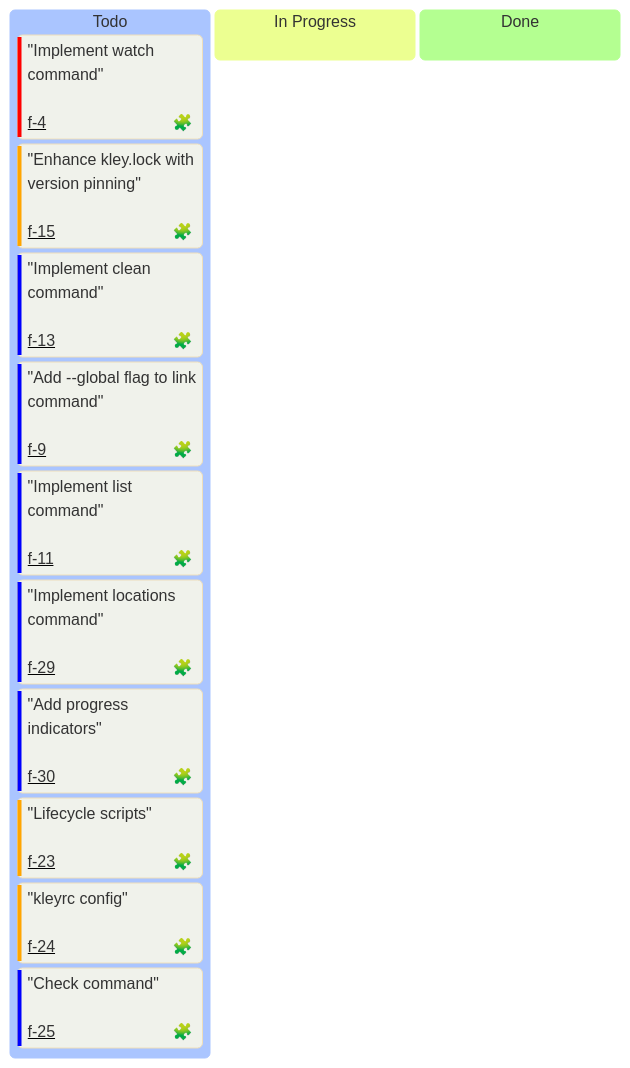
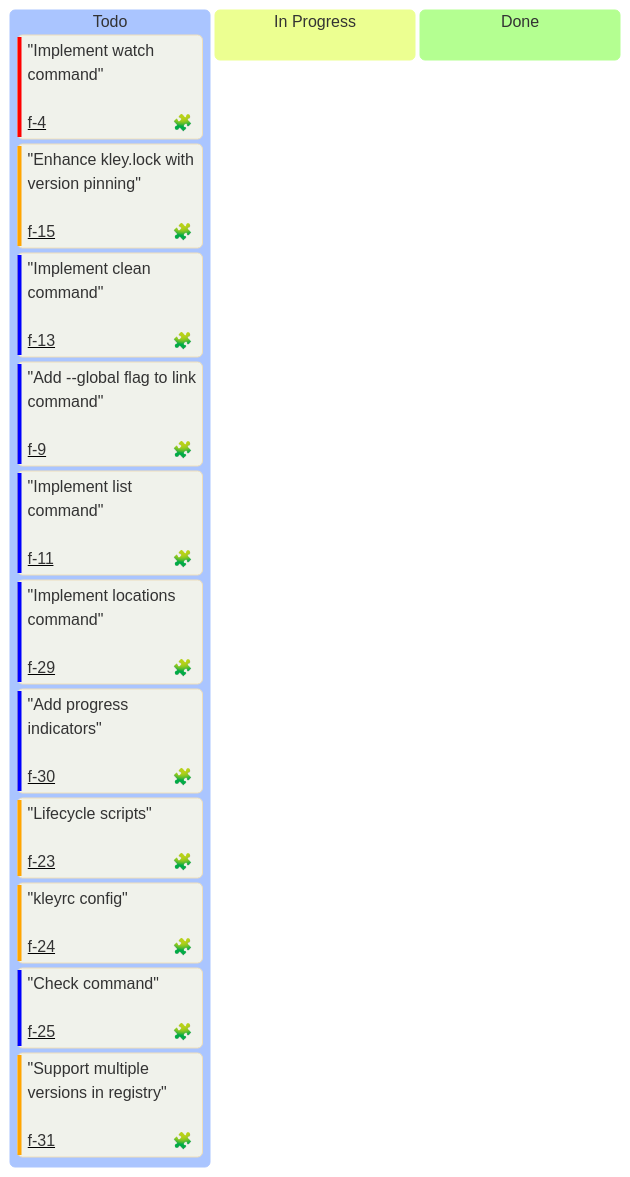
Before and after one commit to sumbad/kley: the diagram in docs/milestones/M2-extended.md, drawn with Mermaid. The commit also changed other lines of this file and 2 other files, not shown here.

````diff
--- a/docs/milestones/M2-extended.md
+++ b/docs/milestones/M2-extended.md
@@ -17,37 +17,38 @@
 ```mermaid
 ---
 config:
   kanban:
     ticketBaseUrl: 'https://github.com/sumbad/kley/tree/master/docs/tickets/#TICKET#.md'
     
     ### Legend
     # assigned - 🧩 = feat | 🐞 = bug
     # priority - `Very High` = Critical | `High` = High | `Low` = Medium | `Very Low` = Low
     # ticket - used for a ticket file name (tickets/#TICKET#.md)
 ---
 %%{init: {
   'theme': 'base',
   'themeVariables': {
     'darkMode': false,
     'background': '#F0F2EB'
   }
 }}%%
 
 kanban
     Todo
         "Implement watch command"<br/><br/>@{ assigned: 🧩, priority: 'Very High', ticket: 'f-4' }
         "Enhance kley.lock with version pinning"<br/><br/>@{ assigned: 🧩, priority: 'High', ticket: 'f-15' }
         "Implement clean command"<br/><br/>@{ assigned: 🧩, priority: 'Low', ticket: 'f-13' }
         "Add --global flag to link command"<br/><br/>@{ assigned: 🧩, priority: 'Low', ticket: 'f-9' }
         "Implement list command"<br/><br/>@{ assigned: 🧩, priority: 'Low', ticket: 'f-11' }
         "Implement locations command"<br/><br/>@{ assigned: 🧩, priority: 'Low', ticket: 'f-29' }
         "Add progress indicators"<br/><br/>@{ assigned: 🧩, priority: 'Low', ticket: 'f-30' }
         "Lifecycle scripts"<br/><br/>@{ assigned: 🧩, priority: 'High', ticket: 'f-23' }
         "kleyrc config"<br/><br/>@{ assigned: 🧩, priority: 'High', ticket: 'f-24' }
         "Check command"<br/><br/>@{ assigned: 🧩, priority: 'Low', ticket: 'f-25' }
+        "Support multiple versions in registry"<br/><br/>@{ assigned: 🧩, priority: 'High', ticket: 'f-31' }
 
     In Progress
 
     Done
 
 ```
````
